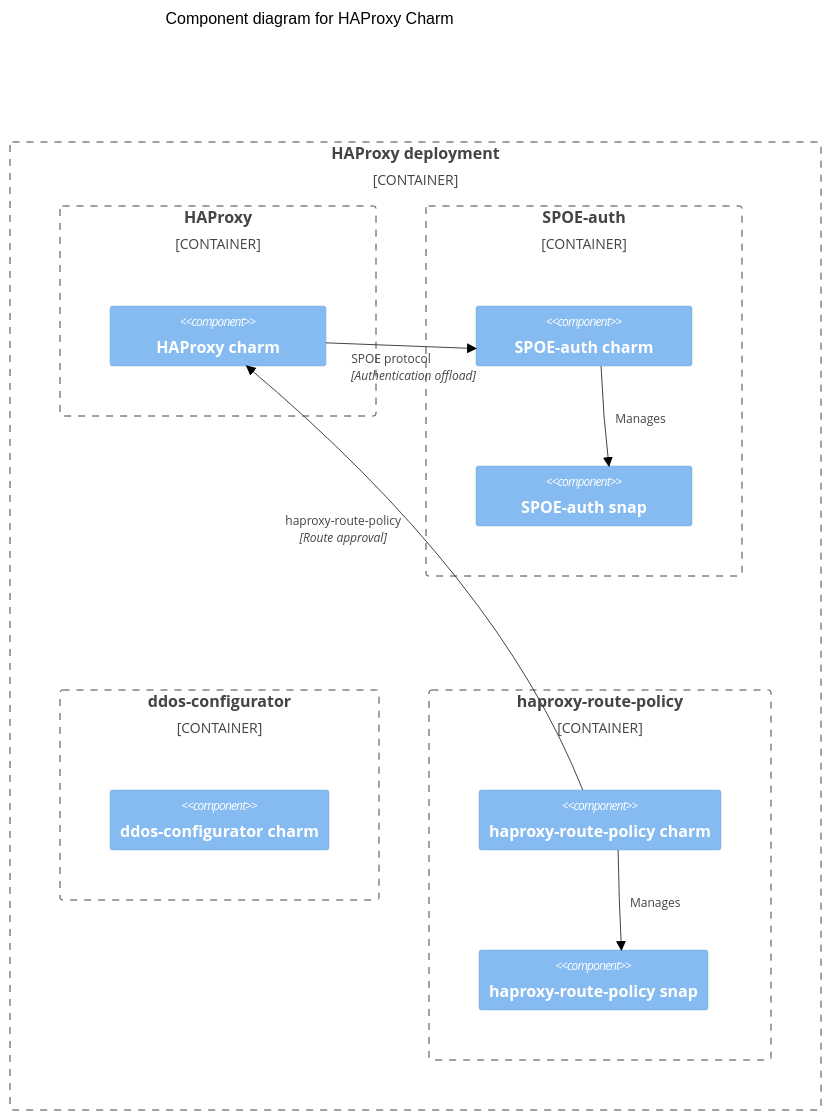
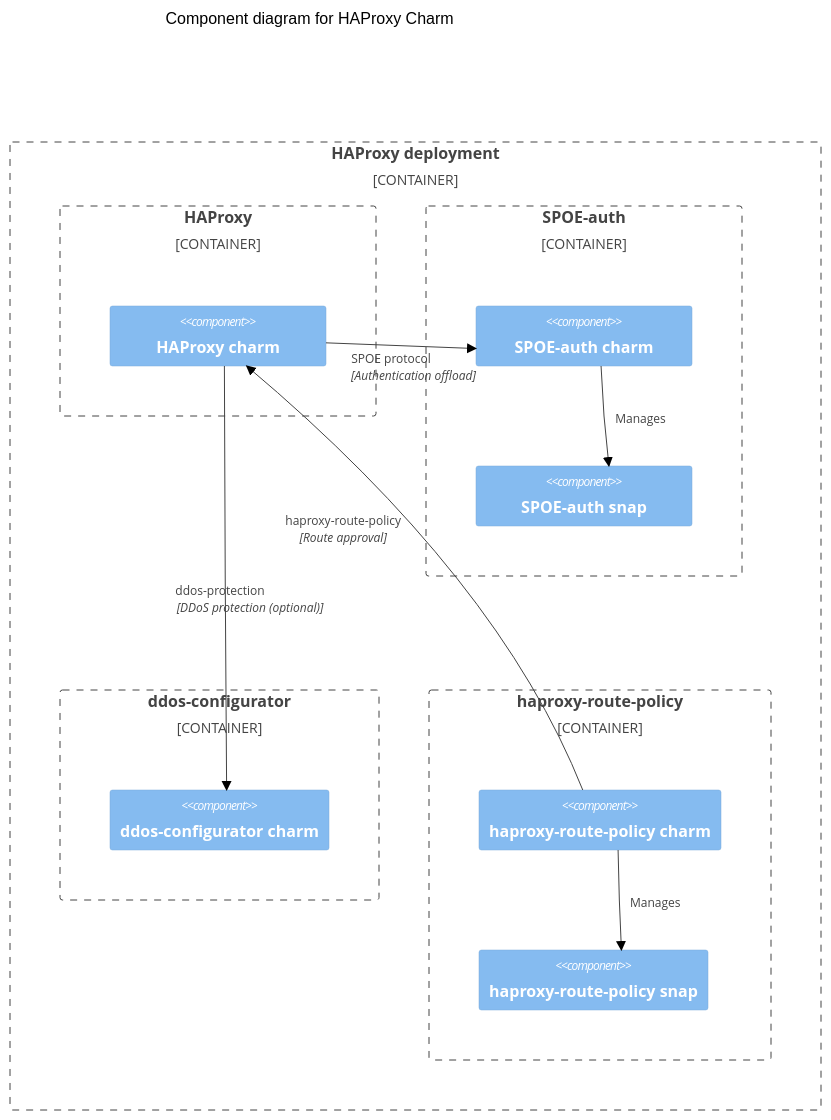
One commit to canonical/haproxy-operator changed the diagram in docs/explanation/project-architecture.md. Above: the diagram before and after it, drawn with Mermaid (forest theme). The commit also changed other lines of this file, not shown here.

First line of the commit message:
docs: address PR review comments on project architecture page

````diff
--- a/docs/explanation/project-architecture.md
+++ b/docs/explanation/project-architecture.md
@@ -26,31 +26,33 @@
 ```{mermaid}
 C4Component
 title Component diagram for HAProxy Charm
 
 Container_Boundary(haproxy, "HAProxy deployment") {
     Container_Boundary(haproxy_charm, "HAProxy") {
         Component(charm, "HAProxy charm")
     }
     Container_Boundary(spoe, "SPOE-auth") {
         Component(spoe_auth, "SPOE-auth charm")
         Component(spoe_auth_snap, "SPOE-auth snap")
     }
-    Container_Boundary(ddos, "ddos-configurator") {
-        Component(ddos, "ddos-configurator charm")
+    Container_Boundary(ddos_boundary, "ddos-configurator") {
+        Component(ddos_charm, "ddos-configurator charm")
     }
     Container_Boundary(haproxy_route_policy, "haproxy-route-policy") {
         Component(haproxy_route_policy_charm, "haproxy-route-policy charm")
         Component(haproxy_route_policy_snap, "haproxy-route-policy snap")
     }
 }
 
 Rel(charm, spoe_auth, "SPOE protocol", "Authentication offload")
 Rel(haproxy_route_policy_charm, charm, "haproxy-route-policy", "Route approval")
+Rel(charm, ddos_charm, "ddos-protection", "DDoS protection (optional)")
 Rel(spoe_auth, spoe_auth_snap, "Manages")
 Rel(haproxy_route_policy_charm, haproxy_route_policy_snap, "Manages")
 
 UpdateRelStyle(haproxy_route_policy_charm, charm, $offsetY="-60", $offsetX="-130")
 UpdateRelStyle(charm, spoe_auth, $offsetY="10", $offsetX="-50")
+UpdateRelStyle(charm, ddos_charm, $offsetY="10", $offsetX="-50")
 UpdateRelStyle(spoe_auth, spoe_auth_snap, $offsetX="10")
 UpdateRelStyle(haproxy_route_policy_charm, haproxy_route_policy_snap, $offsetX="10")
 ```
````
